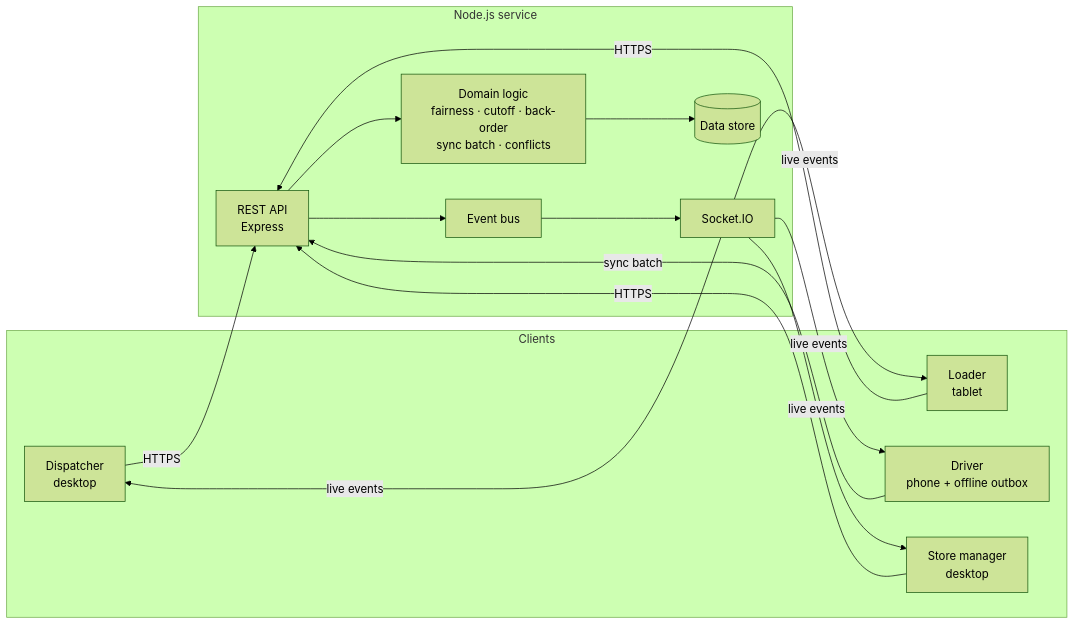
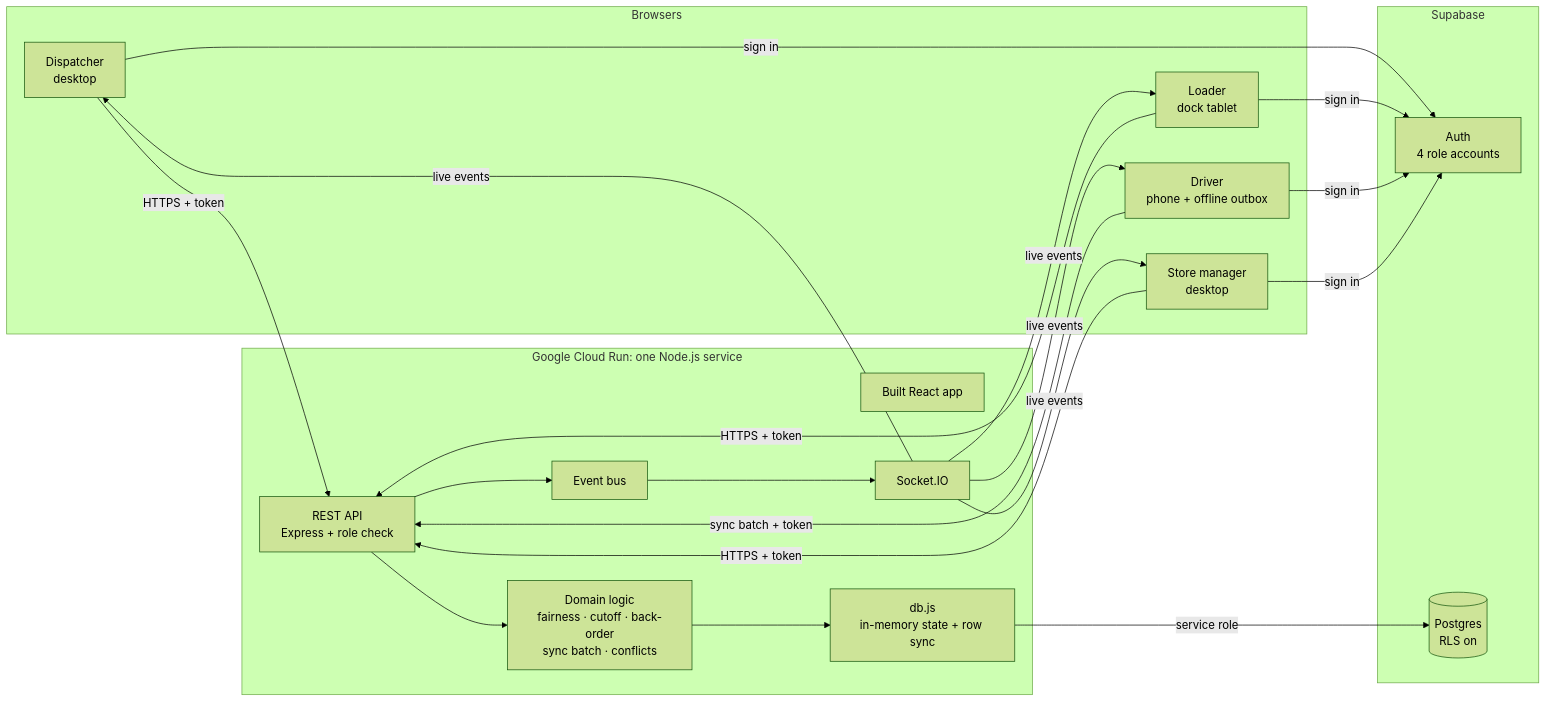
The diagram in README.md (theenuka/smoothOperator_Waypoint), drawn with Mermaid (forest theme) before and after one commit. The commit also changed other lines of this file and 7 other files, not shown here.

First line of the commit message:
docs: judge-ready README, architecture, data model and AI disclosure (#122)

````diff
--- a/README.md
+++ b/README.md
@@ -67,20 +67,26 @@
 ```mermaid
 flowchart LR
-  subgraph Clients
+  subgraph Clients[Browsers]
     D[Dispatcher<br/>desktop]
-    L[Loader<br/>tablet]
+    L[Loader<br/>dock tablet]
     R[Driver<br/>phone + offline outbox]
     S[Store manager<br/>desktop]
   end
-  subgraph Server[Node.js service]
-    API[REST API<br/>Express]
-    BUS[Event bus]
-    WS[Socket.IO]
+  subgraph Run[Google Cloud Run: one Node.js service]
+    WEB[Built React app]
+    API[REST API<br/>Express + role check]
     LOGIC[Domain logic<br/>fairness · cutoff · back-order<br/>sync batch · conflicts]
-    DB[(Data store)]
+    BUS[Event bus] --> WS[Socket.IO]
+    DB[db.js<br/>in-memory state + row sync]
   end
-  D & L & S -->|HTTPS| API
-  R -->|sync batch| API
-  API --> LOGIC --> DB
-  API --> BUS --> WS -->|live events| D & L & R & S
+  subgraph SB[Supabase]
+    AUTH[Auth<br/>4 role accounts]
+    PG[(Postgres<br/>RLS on)]
+  end
+  D & L & R & S -->|sign in| AUTH
+  D & L & S -->|HTTPS + token| API
+  R -->|sync batch + token| API
+  API --> LOGIC --> DB -->|service role| PG
+  API --> BUS
+  WS -->|live events| D & L & R & S
 ```
````
